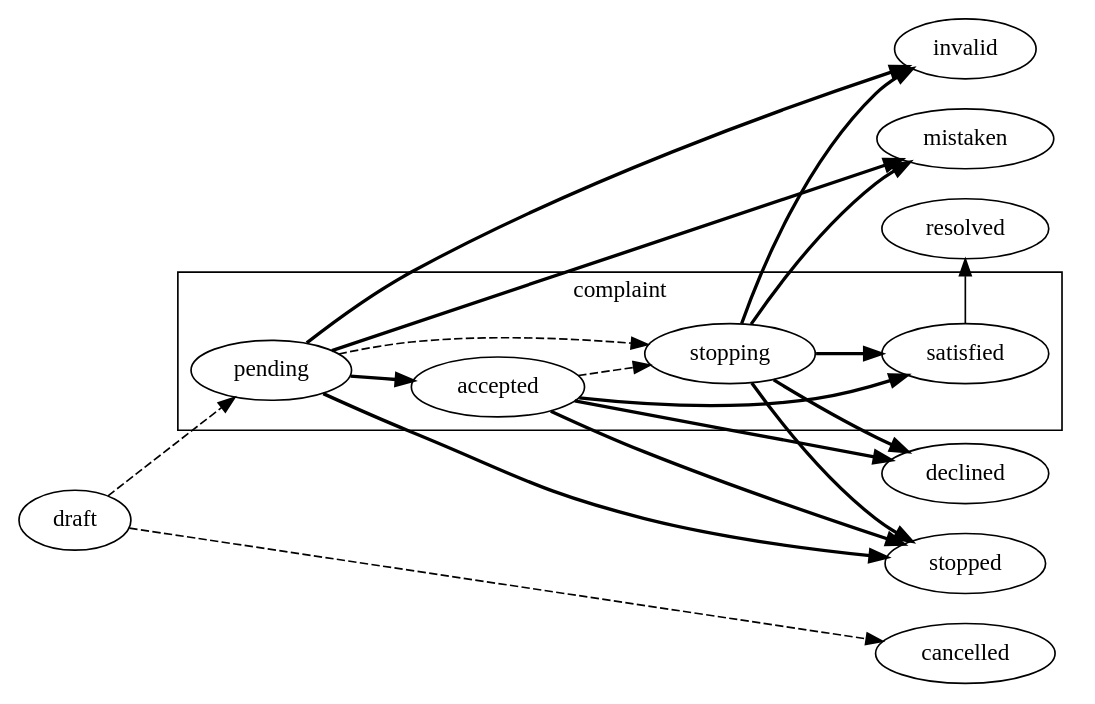
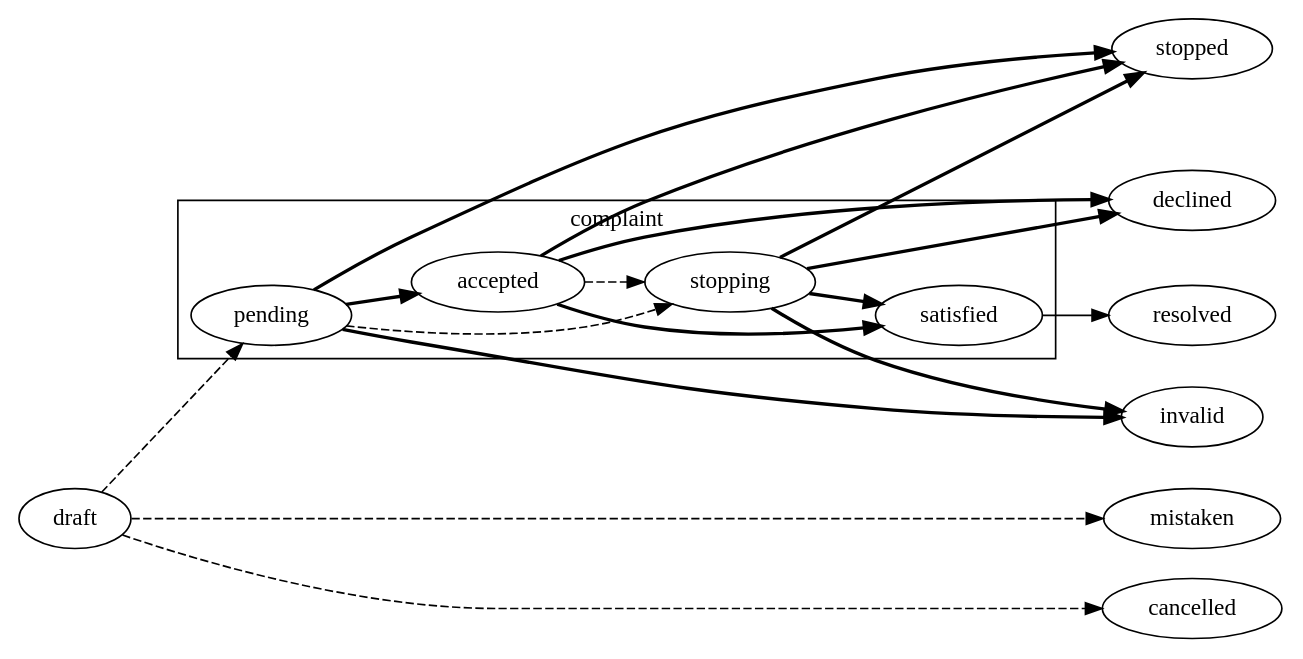
One commit to ProzorroUKR/prozorro-docs changed the diagram in docs/source/tendering/limited/complaints.rst. Above: the diagram before and after it, drawn with Graphviz. The commit also changed 147 other files, not shown here.

```diff
--- a/docs/source/tendering/limited/complaints.rst
+++ b/docs/source/tendering/limited/complaints.rst
@@ -16,19 +16,18 @@
 .. graphviz::
 
     digraph G {
         rankdir=LR;
         {rank=same; mistaken; invalid; resolved; declined; stopped; cancelled;}
         subgraph cluster_complaint {
             label = "complaint";
             pending; accepted; stopping; satisfied;
         }
         satisfied -> resolved;
         edge[style=dashed];
-        draft -> {pending,cancelled}; 
+        draft -> {pending,cancelled,mistaken};
         {pending,accepted} -> stopping;
         edge[style=bold];
         pending -> {accepted,invalid,stopped};
         stopping -> {stopped,invalid,declined,satisfied};
         accepted -> {declined,satisfied,stopped};
-        {pending;stopping} -> mistaken;
     }
```
